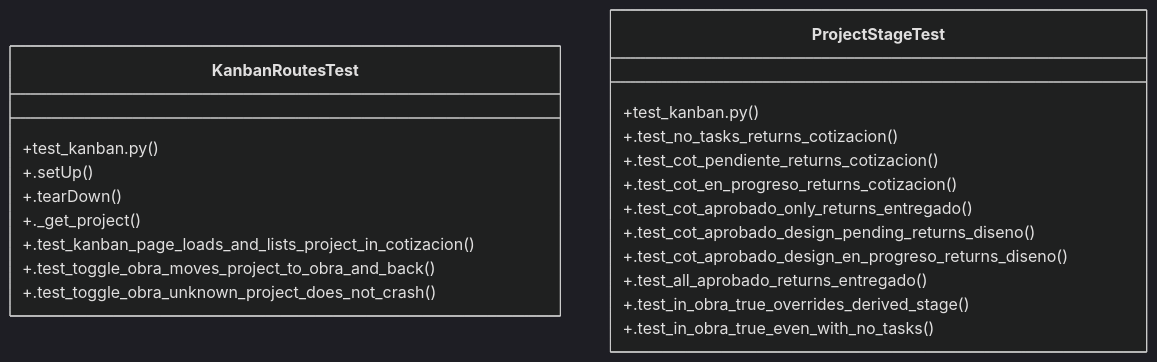
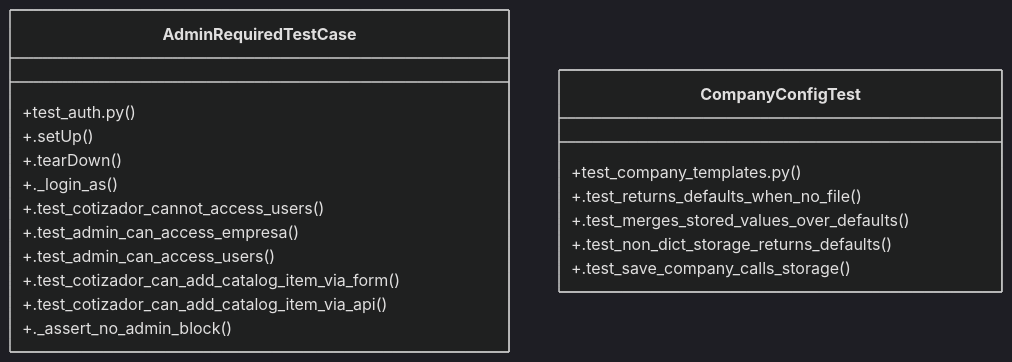
One commit to Daftrick/ProjectTracker changed the diagram in graphify-out/wiki/Community_22.md. Above: the diagram before and after it, drawn with Mermaid (dark theme). The commit also changed other lines of this file and 465 other files, not shown here.

````diff
--- a/graphify-out/wiki/Community_22.md
+++ b/graphify-out/wiki/Community_22.md
@@ -32,24 +32,22 @@
 ```mermaid
 classDiagram
-    class KanbanRoutesTest {
-        +test_kanban.py()
+    class AdminRequiredTestCase {
+        +test_auth.py()
         +.setUp()
         +.tearDown()
-        +._get_project()
-        +.test_kanban_page_loads_and_lists_project_in_cotizacion()
-        +.test_toggle_obra_moves_project_to_obra_and_back()
-        +.test_toggle_obra_unknown_project_does_not_crash()
+        +._login_as()
+        +.test_cotizador_cannot_access_users()
+        +.test_admin_can_access_empresa()
+        +.test_admin_can_access_users()
+        +.test_cotizador_can_add_catalog_item_via_form()
+        +.test_cotizador_can_add_catalog_item_via_api()
+        +._assert_no_admin_block()
     }
-    class ProjectStageTest {
-        +test_kanban.py()
-        +.test_no_tasks_returns_cotizacion()
-        +.test_cot_pendiente_returns_cotizacion()
-        +.test_cot_en_progreso_returns_cotizacion()
-        +.test_cot_aprobado_only_returns_entregado()
-        +.test_cot_aprobado_design_pending_returns_diseno()
-        +.test_cot_aprobado_design_en_progreso_returns_diseno()
-        +.test_all_aprobado_returns_entregado()
-        +.test_in_obra_true_overrides_derived_stage()
-        +.test_in_obra_true_even_with_no_tasks()
+    class CompanyConfigTest {
+        +test_company_templates.py()
+        +.test_returns_defaults_when_no_file()
+        +.test_merges_stored_values_over_defaults()
+        +.test_non_dict_storage_returns_defaults()
+        +.test_save_company_calls_storage()
     }
 ```
````
